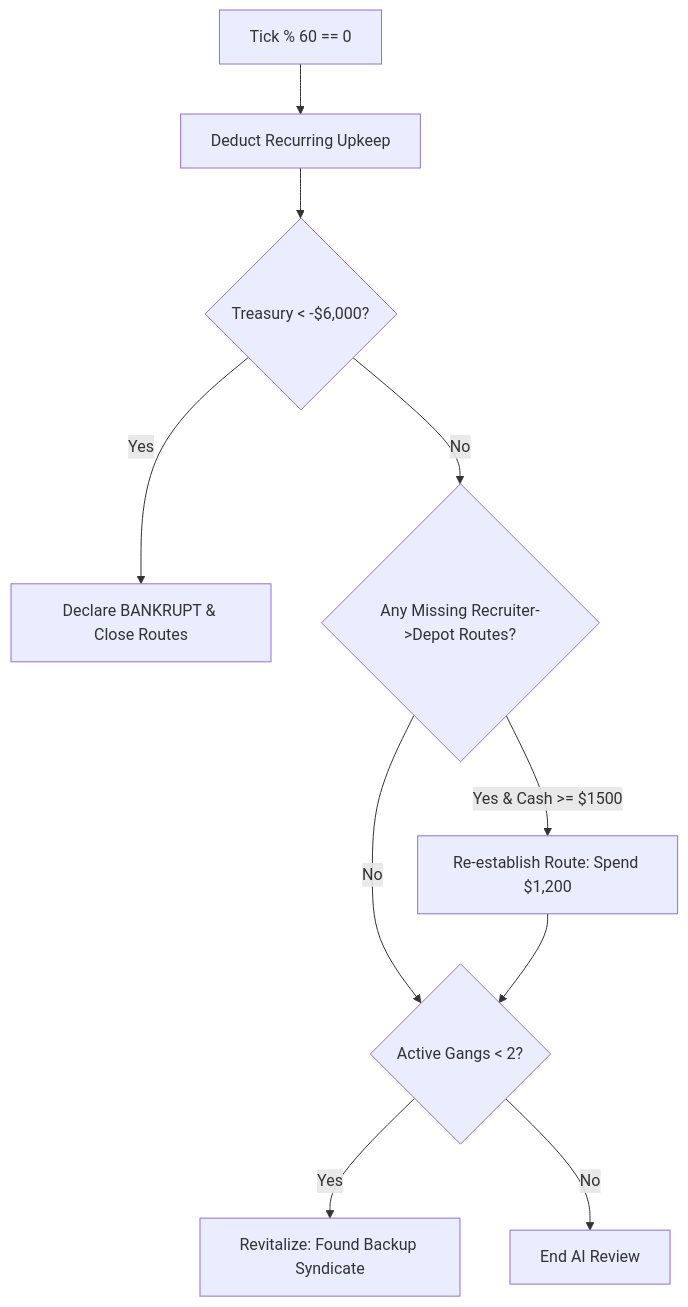
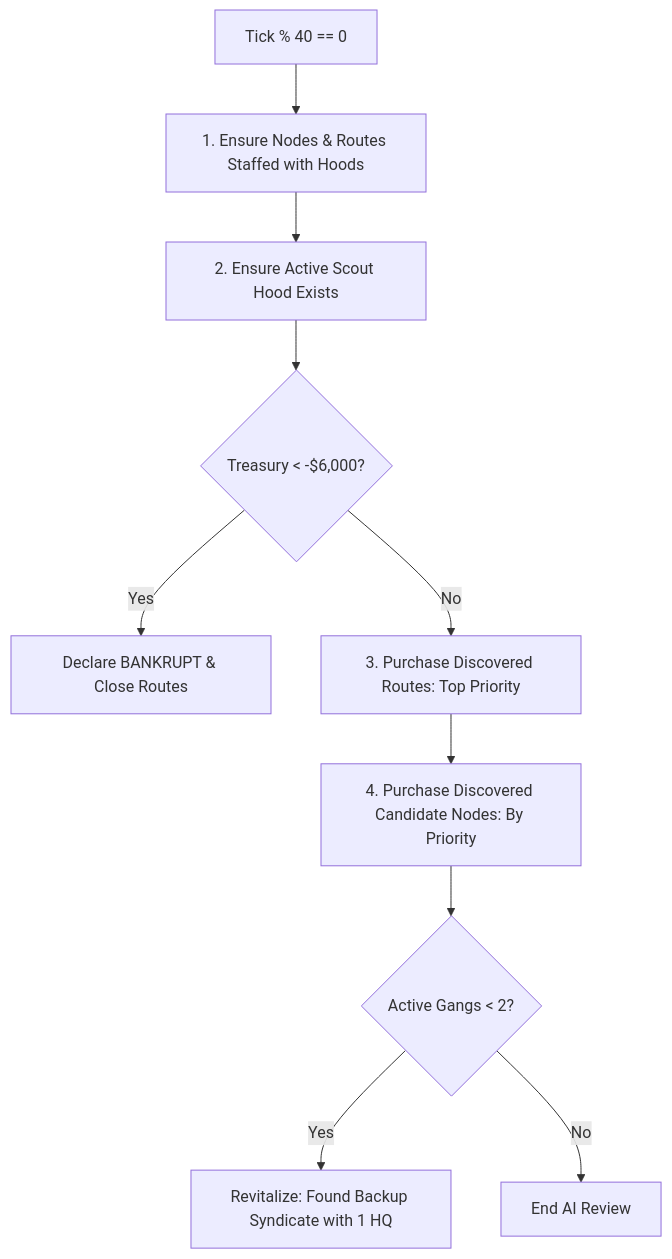
One commit to chrisdb-playground/brokeworld changed the diagram in docs/sim/gangs.md. Above: the diagram before and after it, drawn with Mermaid. The commit also changed other lines of this file and 5 other files, not shown here.

````diff
--- a/docs/sim/gangs.md
+++ b/docs/sim/gangs.md
@@ -37,12 +39,12 @@
 ```mermaid
 graph TD
-    A[Tick % 60 == 0] --> B[Deduct Recurring Upkeep]
-    B --> C{Treasury < -$6,000?}
-    C -- Yes --> D[Declare BANKRUPT & Close Routes]
-    C -- No --> E{Any Missing Recruiter->Depot Routes?}
-    E -- Yes & Cash >= $1500 --> F[Re-establish Route: Spend $1,200]
-    E -- No --> G{Active Gangs < 2?}
-    F --> G
-    G -- Yes --> H[Revitalize: Found Backup Syndicate]
-    G -- No --> I[End AI Review]
+    A[Tick % 40 == 0] --> B[1. Ensure Nodes & Routes Staffed with Hoods]
+    B --> C[2. Ensure Active Scout Hood Exists]
+    C --> D{Treasury < -$6,000?}
+    D -- Yes --> E[Declare BANKRUPT & Close Routes]
+    D -- No --> F[3. Purchase Discovered Routes: Top Priority]
+    F --> G[4. Purchase Discovered Candidate Nodes: By Priority]
+    G --> H{Active Gangs < 2?}
+    H -- Yes --> I[Revitalize: Found Backup Syndicate with 1 HQ]
+    H -- No --> J[End AI Review]
 ```
````
